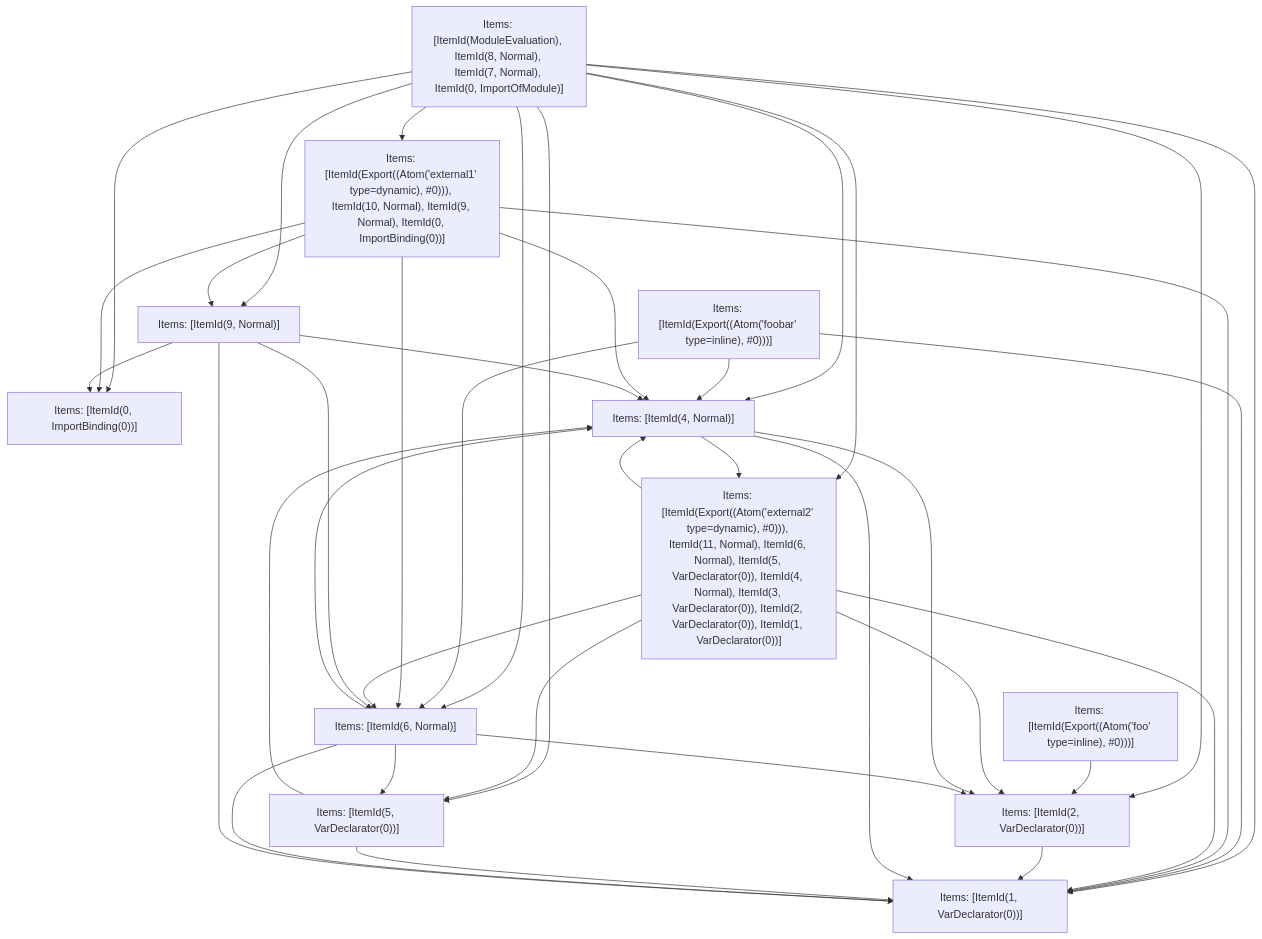
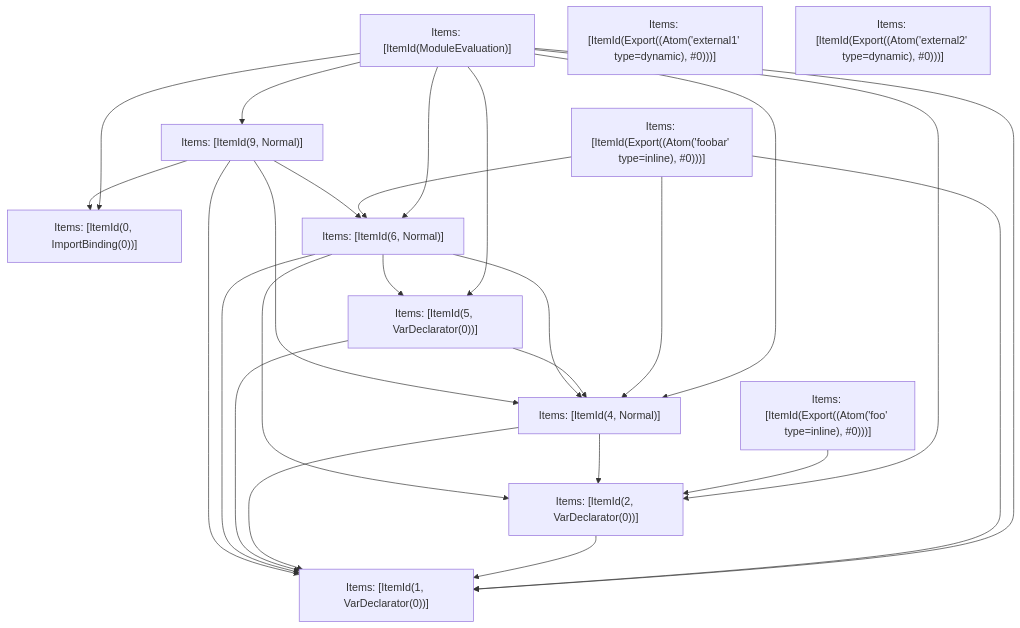
The fifth of 5 diagrams in crates/turbopack-ecmascript/tests/tree-shaker/analyzer/1/output.md (vercel/turborepo), drawn with Mermaid before and after one commit. The commit also changed other lines of this file and 3 other files, not shown here.

````diff
--- a/crates/turbopack-ecmascript/tests/tree-shaker/analyzer/1/output.md
+++ b/crates/turbopack-ecmascript/tests/tree-shaker/analyzer/1/output.md
@@ -352,52 +352,39 @@
 ```mermaid
 graph TD
-    N0["Items: [ItemId(ModuleEvaluation), ItemId(8, Normal), ItemId(7, Normal), ItemId(0, ImportOfModule)]"];
+    N0["Items: [ItemId(ModuleEvaluation)]"];
     N1["Items: [ItemId(Export((Atom('foobar' type=inline), #0)))]"];
     N2["Items: [ItemId(Export((Atom('foo' type=inline), #0)))]"];
-    N3["Items: [ItemId(Export((Atom('external1' type=dynamic), #0))), ItemId(10, Normal), ItemId(9, Normal), ItemId(0, ImportBinding(0))]"];
-    N4["Items: [ItemId(Export((Atom('external2' type=dynamic), #0))), ItemId(11, Normal), ItemId(6, Normal), ItemId(5, VarDeclarator(0)), ItemId(4, Normal), ItemId(3, VarDeclarator(0)), ItemId(2, VarDeclarator(0)), ItemId(1, VarDeclarator(0))]"];
+    N3["Items: [ItemId(Export((Atom('external1' type=dynamic), #0)))]"];
+    N4["Items: [ItemId(Export((Atom('external2' type=dynamic), #0)))]"];
     N5["Items: [ItemId(0, ImportBinding(0))]"];
     N6["Items: [ItemId(1, VarDeclarator(0))]"];
     N7["Items: [ItemId(2, VarDeclarator(0))]"];
     N8["Items: [ItemId(4, Normal)]"];
     N9["Items: [ItemId(5, VarDeclarator(0))]"];
     N10["Items: [ItemId(6, Normal)]"];
     N11["Items: [ItemId(9, Normal)]"];
-    N0 --> N3;
     N0 --> N5;
     N0 --> N6;
     N0 --> N8;
     N0 --> N10;
     N0 --> N7;
     N0 --> N9;
-    N0 --> N4;
     N0 --> N11;
     N1 --> N6;
     N1 --> N8;
     N1 --> N10;
     N2 --> N7;
-    N3 --> N11;
-    N3 --> N6;
-    N3 --> N8;
-    N3 --> N10;
-    N3 --> N5;
-    N4 --> N7;
-    N4 --> N9;
-    N4 --> N10;
-    N4 --> N6;
-    N4 --> N8;
     N7 --> N6;
-    N8 --> N4;
     N8 --> N6;
     N8 --> N7;
     N9 --> N6;
     N9 --> N8;
     N10 --> N6;
     N10 --> N8;
     N10 --> N7;
     N10 --> N9;
     N11 --> N5;
     N11 --> N6;
     N11 --> N8;
     N11 --> N10;
 ```
````
